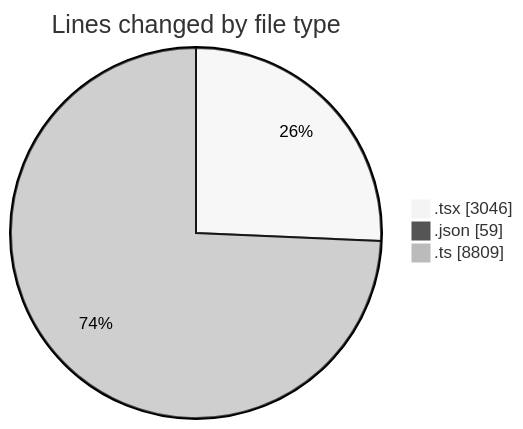
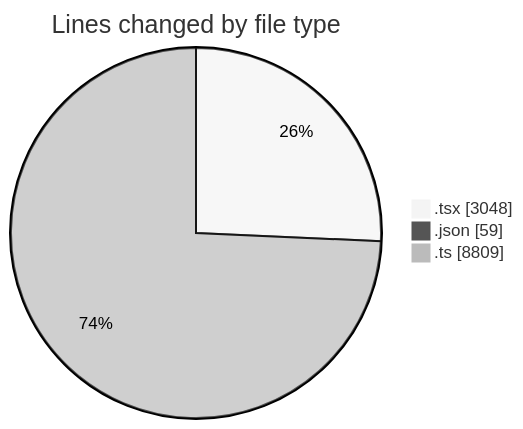
Before and after one commit to momahboobian/code-tracking: the first of 2 diagrams in 2025-11-24/cda/README.md, drawn with Mermaid (neutral theme). The commit also changed other lines of this file and 1 other file, not shown here.

````diff
--- a/2025-11-24/cda/README.md
+++ b/2025-11-24/cda/README.md
@@ -33,7 +33,7 @@
 ```mermaid
 pie showData
 title Lines changed by file type
-".tsx" : 3046
+".tsx" : 3048
 ".json" : 59
 ".ts" : 8809
 ```
````
